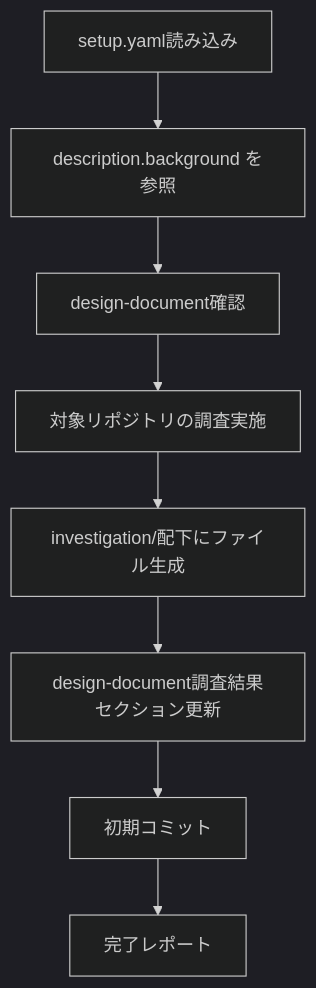
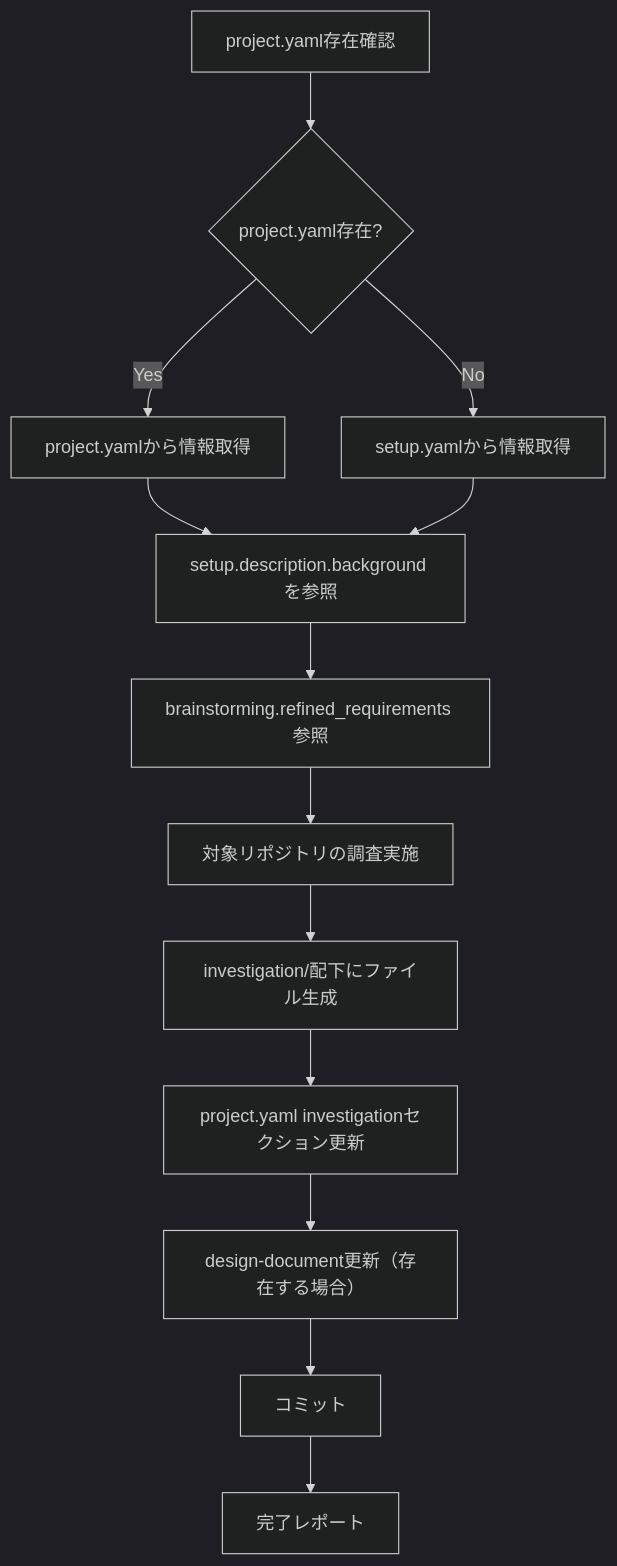
The first of 6 diagrams in .claude/skills/investigation/SKILL.md (NagasakaH/dev-process), drawn with Mermaid (dark theme) before and after one commit. The commit also changed other lines of this file and 11 other files, not shown here.

````diff
--- a/.claude/skills/investigation/SKILL.md
+++ b/.claude/skills/investigation/SKILL.md
@@ -56,10 +92,15 @@
 ```mermaid
 flowchart TD
-    A[setup.yaml読み込み] --> B[description.background を参照]
-    B --> C[design-document確認]
-    C --> D[対象リポジトリの調査実施]
-    D --> E[investigation/配下にファイル生成]
-    E --> F[design-document調査結果セクション更新]
-    F --> G[初期コミット]
-    G --> H[完了レポート]
+    A[project.yaml存在確認] --> B{project.yaml存在?}
+    B -->|Yes| C[project.yamlから情報取得]
+    B -->|No| D[setup.yamlから情報取得]
+    C --> E[setup.description.background を参照]
+    D --> E
+    E --> F[brainstorming.refined_requirements 参照]
+    F --> G[対象リポジトリの調査実施]
+    G --> H[investigation/配下にファイル生成]
+    H --> I[project.yaml investigationセクション更新]
+    I --> J[design-document更新（存在する場合）]
+    J --> K[コミット]
+    K --> L[完了レポート]
 ```
````
